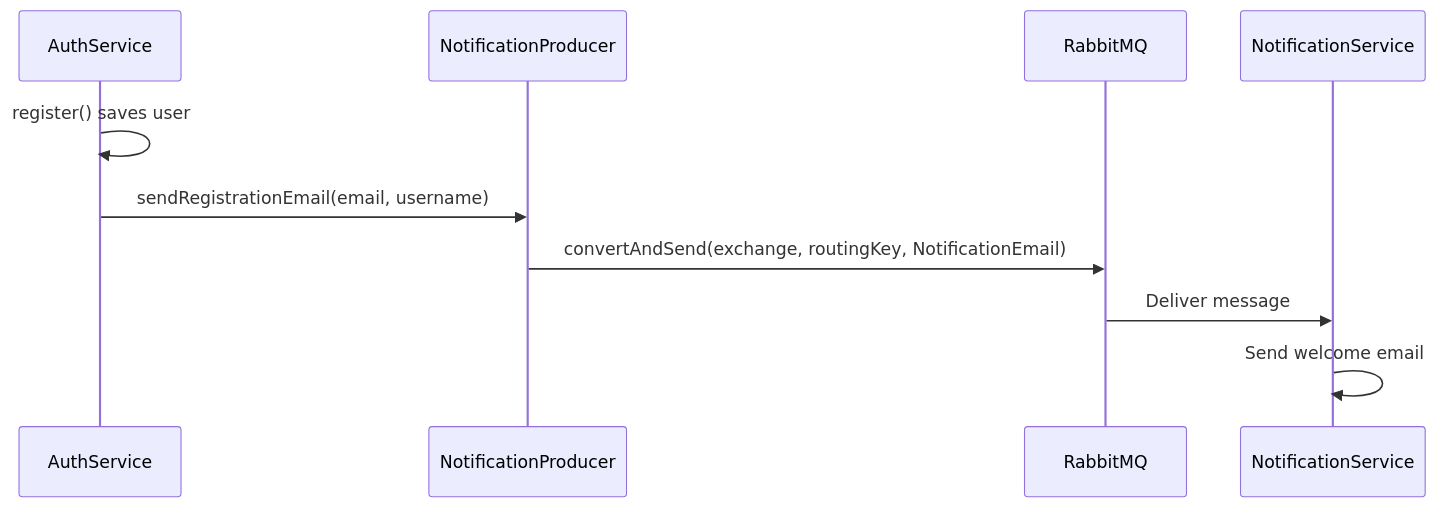
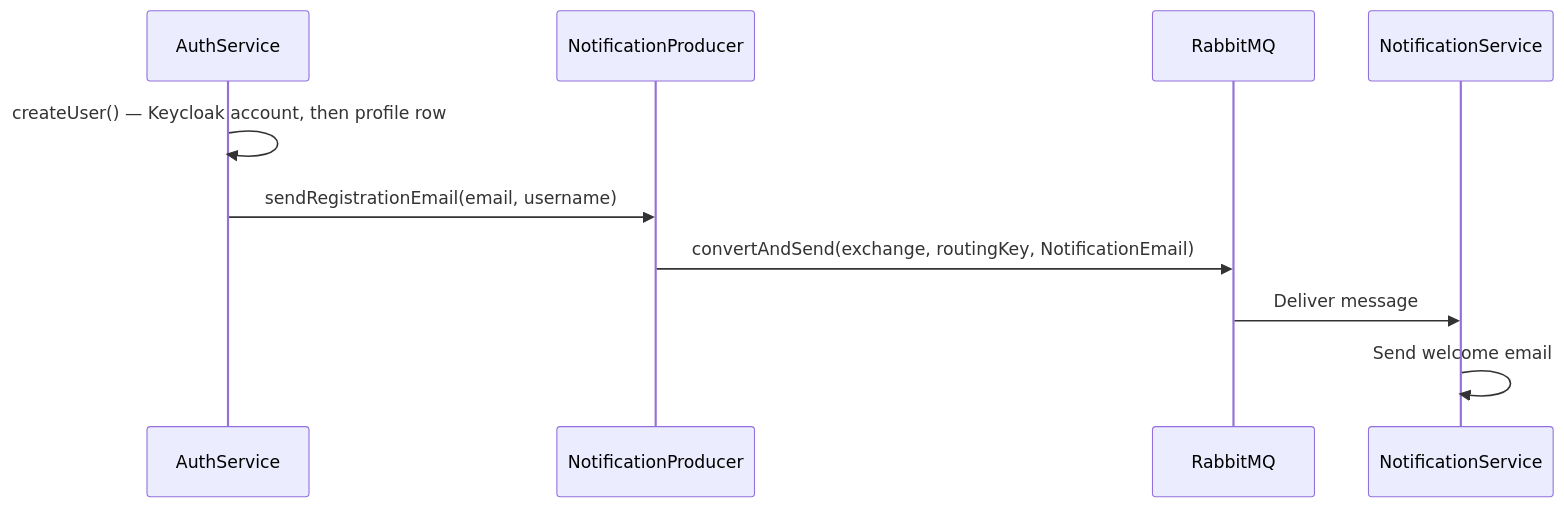
One commit to thaivanlam/Techzone-laptop-project changed the fourth of 5 diagrams in docs/backend/services/user-service.md. Above: the diagram before and after it, drawn with Mermaid. The commit also changed other lines of this file and 60 other files, not shown here.

````diff
--- a/docs/backend/services/user-service.md
+++ b/docs/backend/services/user-service.md
@@ -448,13 +412,13 @@
 ```mermaid
 sequenceDiagram
     participant AuthService
     participant NotificationProducer
     participant RabbitMQ
     participant NotificationService
 
-    AuthService->>AuthService: register() saves user
+    AuthService->>AuthService: createUser() — Keycloak account, then profile row
     AuthService->>NotificationProducer: sendRegistrationEmail(email, username)
     NotificationProducer->>RabbitMQ: convertAndSend(exchange, routingKey, NotificationEmail)
     RabbitMQ->>NotificationService: Deliver message
     NotificationService->>NotificationService: Send welcome email
 ```
````
